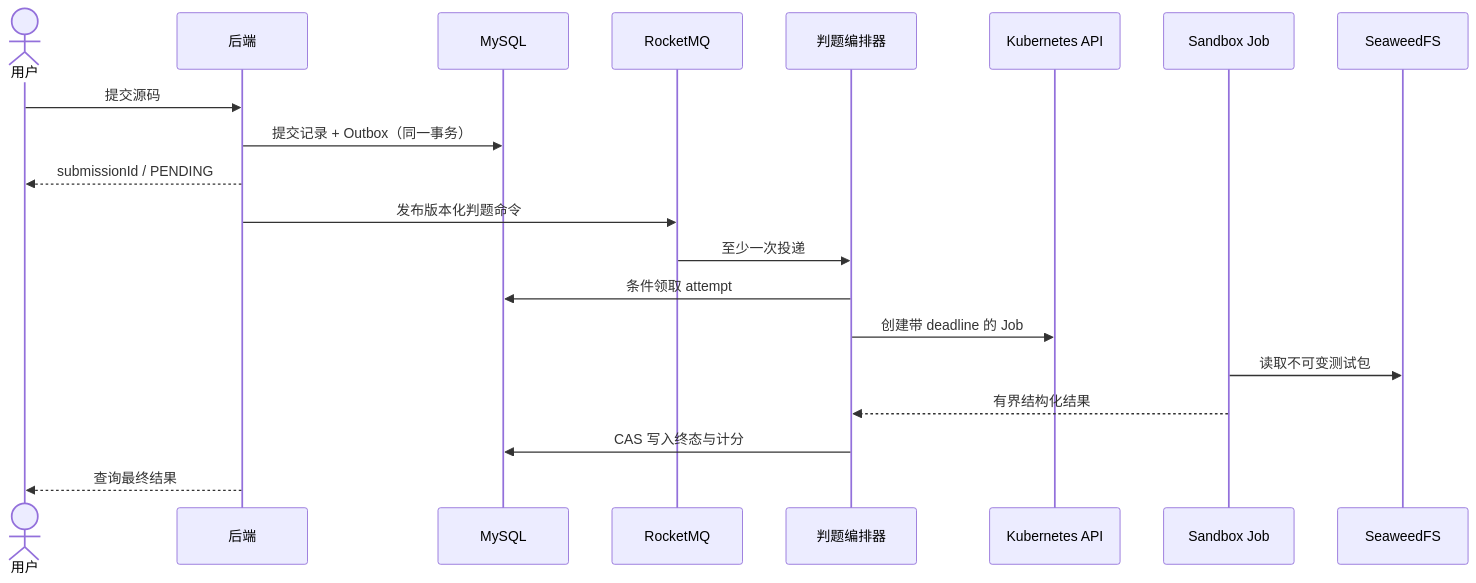
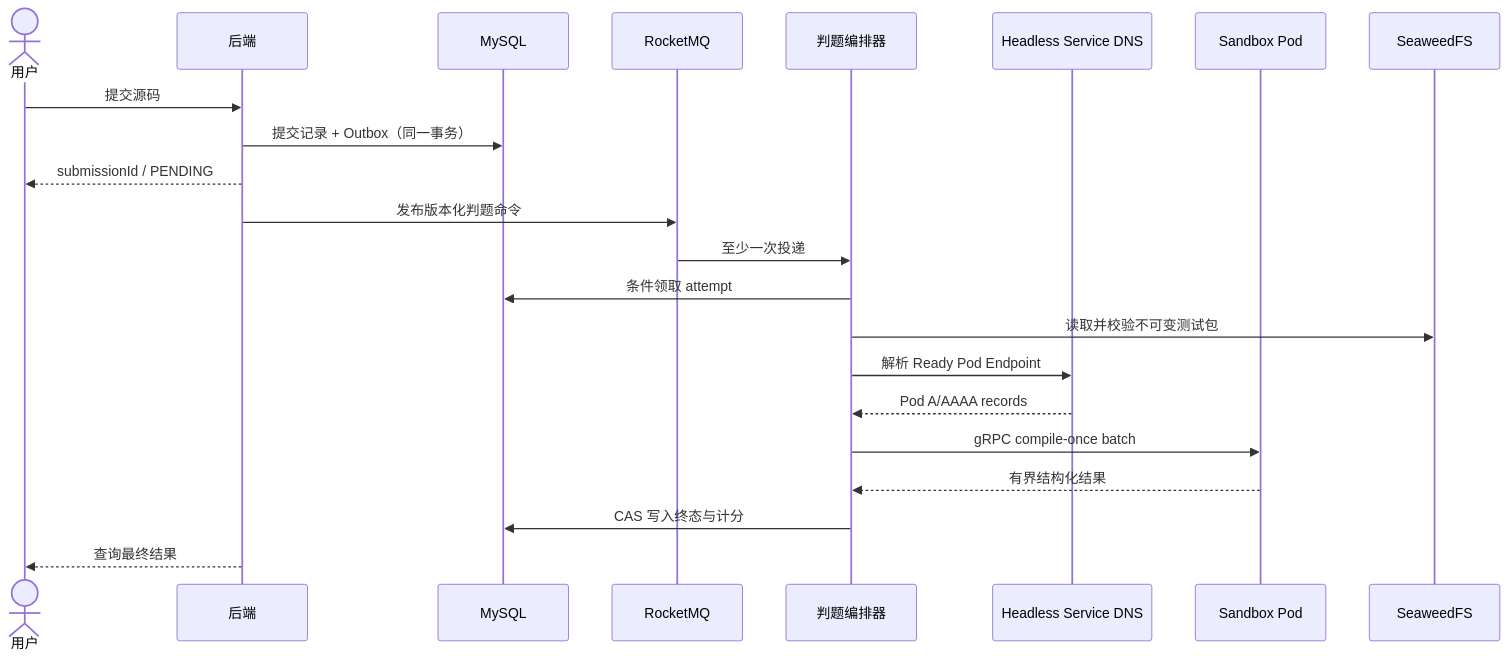
The second of 2 diagrams in docs/architecture/platform.md (CodeRushOJ/croj-platform), drawn with Mermaid before and after one commit. The commit also changed other lines of this file and 3 other files, not shown here.

````diff
--- a/docs/architecture/platform.md
+++ b/docs/architecture/platform.md
@@ -35,23 +37,25 @@
 ```mermaid
 sequenceDiagram
   actor User as 用户
   participant API as 后端
   participant DB as MySQL
   participant MQ as RocketMQ
   participant Judge as 判题编排器
-  participant K8s as Kubernetes API
-  participant Job as Sandbox Job
+  participant DNS as Headless Service DNS
+  participant Sandbox as Sandbox Pod
   participant S3 as SeaweedFS
 
   User->>API: 提交源码
   API->>DB: 提交记录 + Outbox（同一事务）
   API-->>User: submissionId / PENDING
   API->>MQ: 发布版本化判题命令
   MQ->>Judge: 至少一次投递
   Judge->>DB: 条件领取 attempt
-  Judge->>K8s: 创建带 deadline 的 Job
-  Job->>S3: 读取不可变测试包
-  Job-->>Judge: 有界结构化结果
+  Judge->>S3: 读取并校验不可变测试包
+  Judge->>DNS: 解析 Ready Pod Endpoint
+  DNS-->>Judge: Pod A/AAAA records
+  Judge->>Sandbox: gRPC compile-once batch
+  Sandbox-->>Judge: 有界结构化结果
   Judge->>DB: CAS 写入终态与计分
   API-->>User: 查询最终结果
 ```
````
